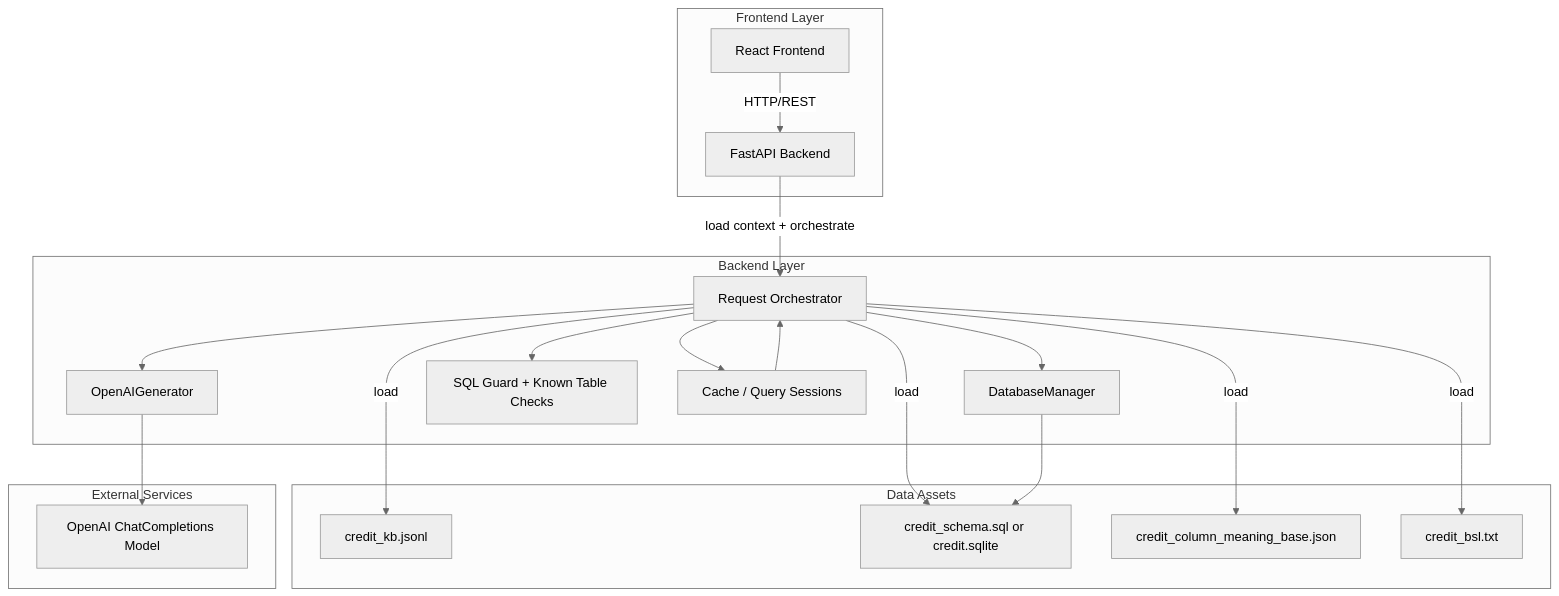
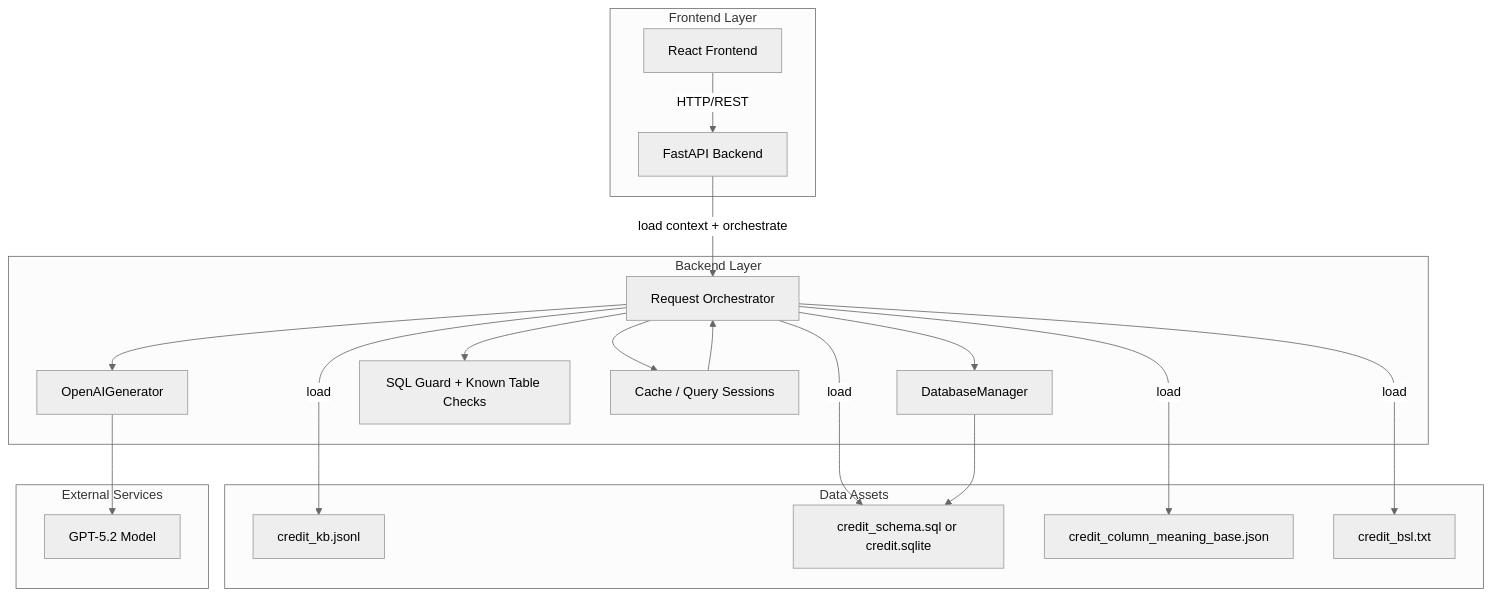
Before and after one commit to JoelRai07/Projekt-Vetter-SQL: the first of 2 diagrams in docs/PROZESSABLAUF.md, drawn with Mermaid (neutral theme). The commit also changed other lines of this file and 2 other files, not shown here.

Commit message:
Neue Corrections

````diff
--- a/docs/PROZESSABLAUF.md
+++ b/docs/PROZESSABLAUF.md
@@ -47,35 +47,35 @@
 ```mermaid
 graph TB
   subgraph "Frontend Layer"
     UI[React Frontend]
     UI -->|HTTP/REST| API[FastAPI Backend]
   end
 
   subgraph "Backend Layer"
     API -->|load context + orchestrate| ORCH[Request Orchestrator]
     ORCH --> GEN[OpenAIGenerator]
     ORCH --> DBM[DatabaseManager]
     ORCH --> GUARD[SQL Guard + Known Table Checks]
     ORCH --> CACHE[Cache / Query Sessions]
   end
 
   subgraph "Data Assets"
     KB[credit_kb.jsonl]
     SCHEMA[credit_schema.sql or credit.sqlite]
     MEANINGS[credit_column_meaning_base.json]
     BSL_FILE[credit_bsl.txt]
   end
 
   subgraph "External Services"
-    LLM[OpenAI ChatCompletions Model]
+    LLM[GPT-5.2 Model]
   end
 
   ORCH -->|load| KB
   ORCH -->|load| SCHEMA
   ORCH -->|load| MEANINGS
   ORCH -->|load| BSL_FILE
 
   GEN --> LLM
   DBM --> SCHEMA
   CACHE --> ORCH
 ```
````
